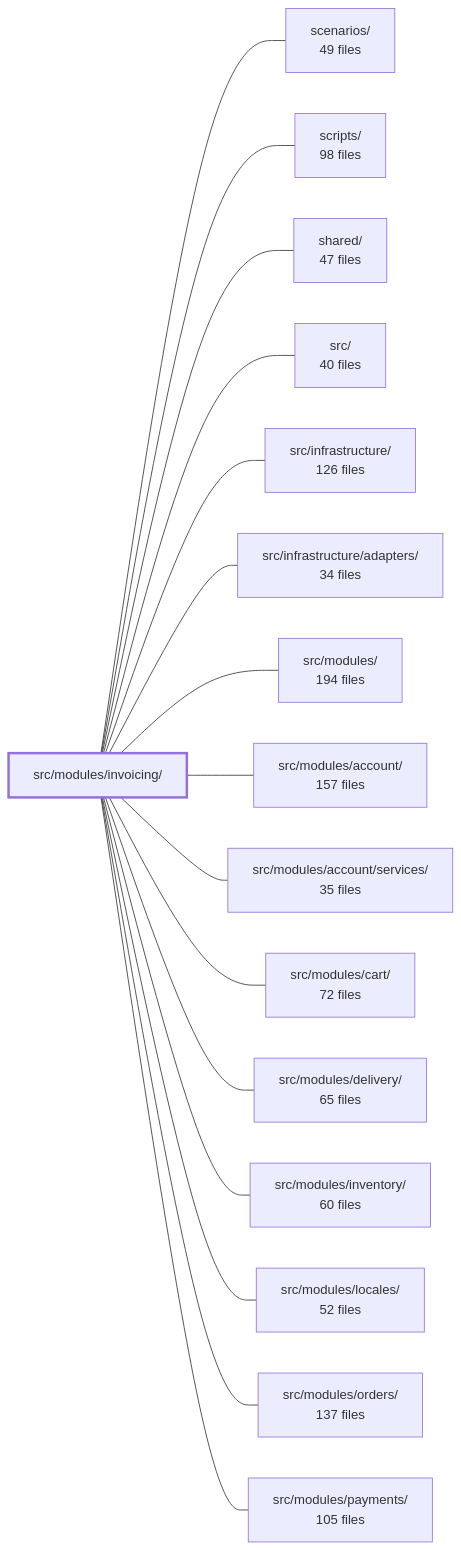
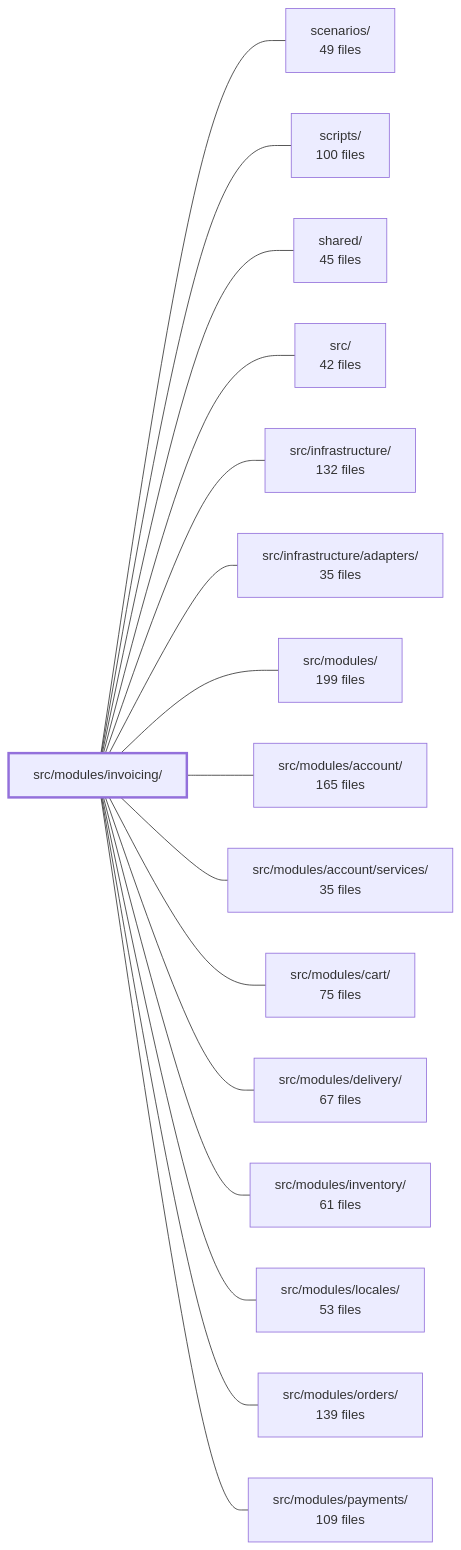
The diagram in .2brain/modules/boilerplate-node-backend_src_modules_invoicing.md (Guebbit/boilerplate-node-backend), drawn with Mermaid before and after one commit. The commit also changed other lines of this file and 1102 other files, not shown here.

````diff
--- a/.2brain/modules/boilerplate-node-backend_src_modules_invoicing.md
+++ b/.2brain/modules/boilerplate-node-backend_src_modules_invoicing.md
@@ -43,35 +43,35 @@
 ```mermaid
 flowchart LR
     m_src_modules_invoicing["src/modules/invoicing/"]
     m_scenarios["scenarios/<br/>49 files"]
-    m_scripts["scripts/<br/>98 files"]
-    m_shared["shared/<br/>47 files"]
-    m_src["src/<br/>40 files"]
-    m_src_infrastructure["src/infrastructure/<br/>126 files"]
-    m_src_infrastructure_adapters["src/infrastructure/adapters/<br/>34 files"]
-    m_src_modules["src/modules/<br/>194 files"]
-    m_src_modules_account["src/modules/account/<br/>157 files"]
+    m_scripts["scripts/<br/>100 files"]
+    m_shared["shared/<br/>45 files"]
+    m_src["src/<br/>42 files"]
+    m_src_infrastructure["src/infrastructure/<br/>132 files"]
+    m_src_infrastructure_adapters["src/infrastructure/adapters/<br/>35 files"]
+    m_src_modules["src/modules/<br/>199 files"]
+    m_src_modules_account["src/modules/account/<br/>165 files"]
     m_src_modules_account_services["src/modules/account/services/<br/>35 files"]
-    m_src_modules_cart["src/modules/cart/<br/>72 files"]
-    m_src_modules_delivery["src/modules/delivery/<br/>65 files"]
-    m_src_modules_inventory["src/modules/inventory/<br/>60 files"]
-    m_src_modules_locales["src/modules/locales/<br/>52 files"]
-    m_src_modules_orders["src/modules/orders/<br/>137 files"]
-    m_src_modules_payments["src/modules/payments/<br/>105 files"]
+    m_src_modules_cart["src/modules/cart/<br/>75 files"]
+    m_src_modules_delivery["src/modules/delivery/<br/>67 files"]
+    m_src_modules_inventory["src/modules/inventory/<br/>61 files"]
+    m_src_modules_locales["src/modules/locales/<br/>53 files"]
+    m_src_modules_orders["src/modules/orders/<br/>139 files"]
+    m_src_modules_payments["src/modules/payments/<br/>109 files"]
     m_src_modules_invoicing --- m_scenarios
     m_src_modules_invoicing --- m_scripts
     m_src_modules_invoicing --- m_shared
     m_src_modules_invoicing --- m_src
     m_src_modules_invoicing --- m_src_infrastructure
     m_src_modules_invoicing --- m_src_infrastructure_adapters
     m_src_modules_invoicing --- m_src_modules
     m_src_modules_invoicing --- m_src_modules_account
     m_src_modules_invoicing --- m_src_modules_account_services
     m_src_modules_invoicing --- m_src_modules_cart
     m_src_modules_invoicing --- m_src_modules_delivery
     m_src_modules_invoicing --- m_src_modules_inventory
     m_src_modules_invoicing --- m_src_modules_locales
     m_src_modules_invoicing --- m_src_modules_orders
     m_src_modules_invoicing --- m_src_modules_payments
     style m_src_modules_invoicing stroke-width:3px
 ```
````
